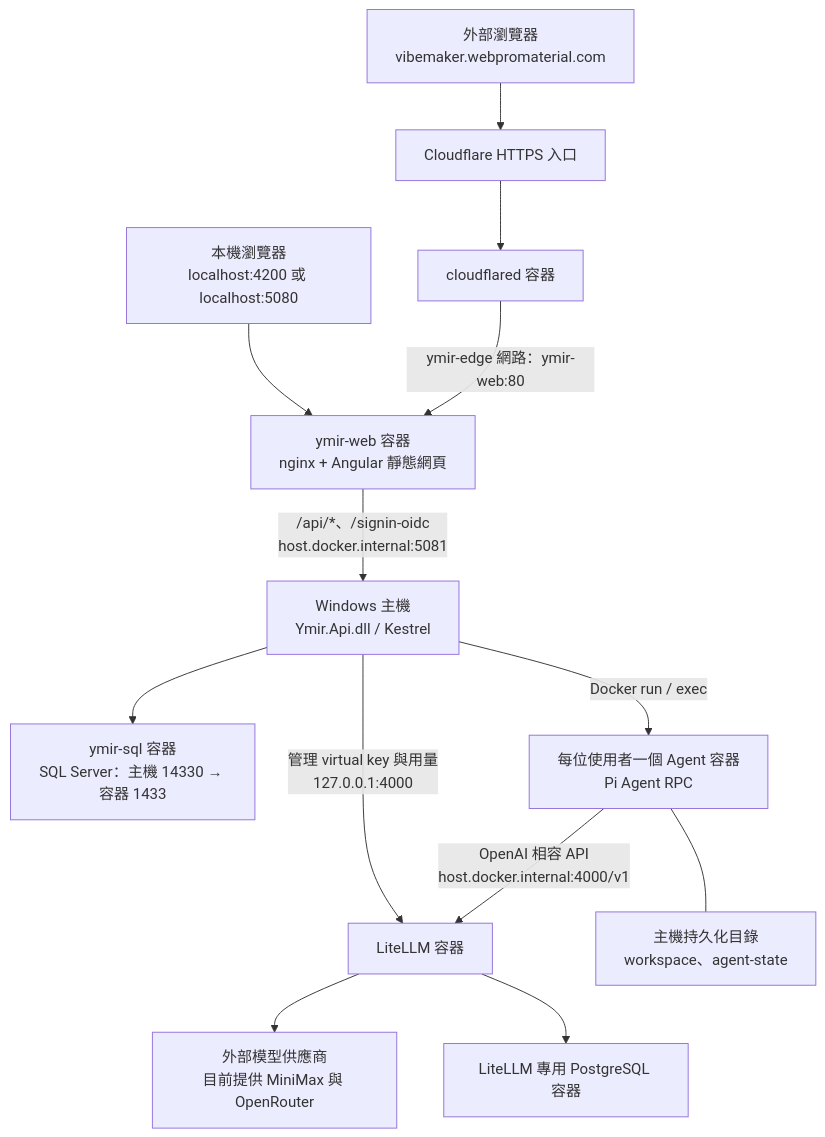
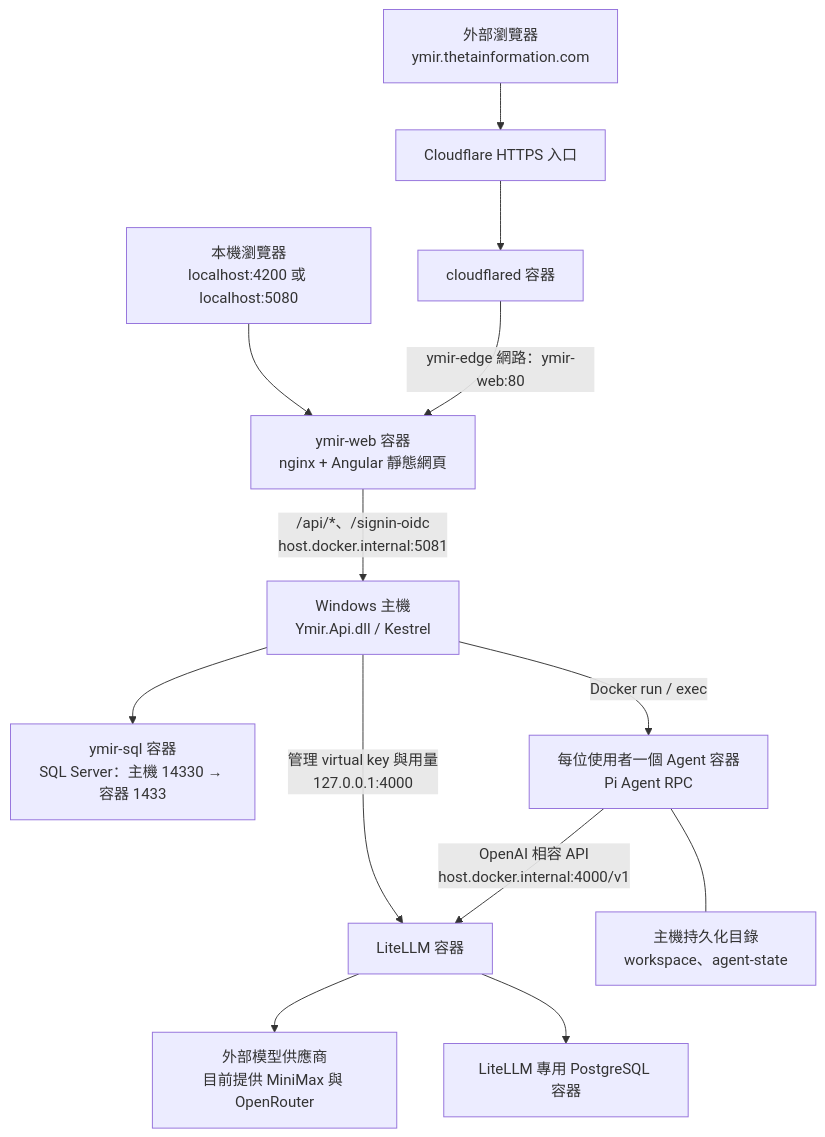
Before and after one commit to puremars2015/Ymir: the first of 2 diagrams in README.md, drawn with Mermaid. The commit also changed 1 other file, not shown here.

Commit message:
docs: record primary domain switch to ymir.thetainformation.com

````diff
--- a/README.md
+++ b/README.md
@@ -20,15 +20,15 @@
 ```mermaid
 flowchart TD
     Local["本機瀏覽器<br/>localhost:4200 或 localhost:5080"] --> Web
-    Public["外部瀏覽器<br/>vibemaker.webpromaterial.com"] --> Cloudflare["Cloudflare HTTPS 入口"]
+    Public["外部瀏覽器<br/>ymir.thetainformation.com"] --> Cloudflare["Cloudflare HTTPS 入口"]
     Cloudflare --> Tunnel["cloudflared 容器"]
     Tunnel -->|"ymir-edge 網路：ymir-web:80"| Web["ymir-web 容器<br/>nginx + Angular 靜態網頁"]
     Web -->|"/api/*、/signin-oidc<br/>host.docker.internal:5081"| API["Windows 主機<br/>Ymir.Api.dll / Kestrel"]
     API --> SQL["ymir-sql 容器<br/>SQL Server：主機 14330 → 容器 1433"]
     API -->|"Docker run / exec"| Agent["每位使用者一個 Agent 容器<br/>Pi Agent RPC"]
     API -->|"管理 virtual key 與用量<br/>127.0.0.1:4000"| LiteLLM["LiteLLM 容器"]
     Agent -->|"OpenAI 相容 API<br/>host.docker.internal:4000/v1"| LiteLLM
     LiteLLM --> Model["外部模型供應商<br/>目前提供 MiniMax 與 OpenRouter"]
     LiteLLM --> PG["LiteLLM 專用 PostgreSQL 容器"]
     Agent --- Files["主機持久化目錄<br/>workspace、agent-state"]
 ```
````
